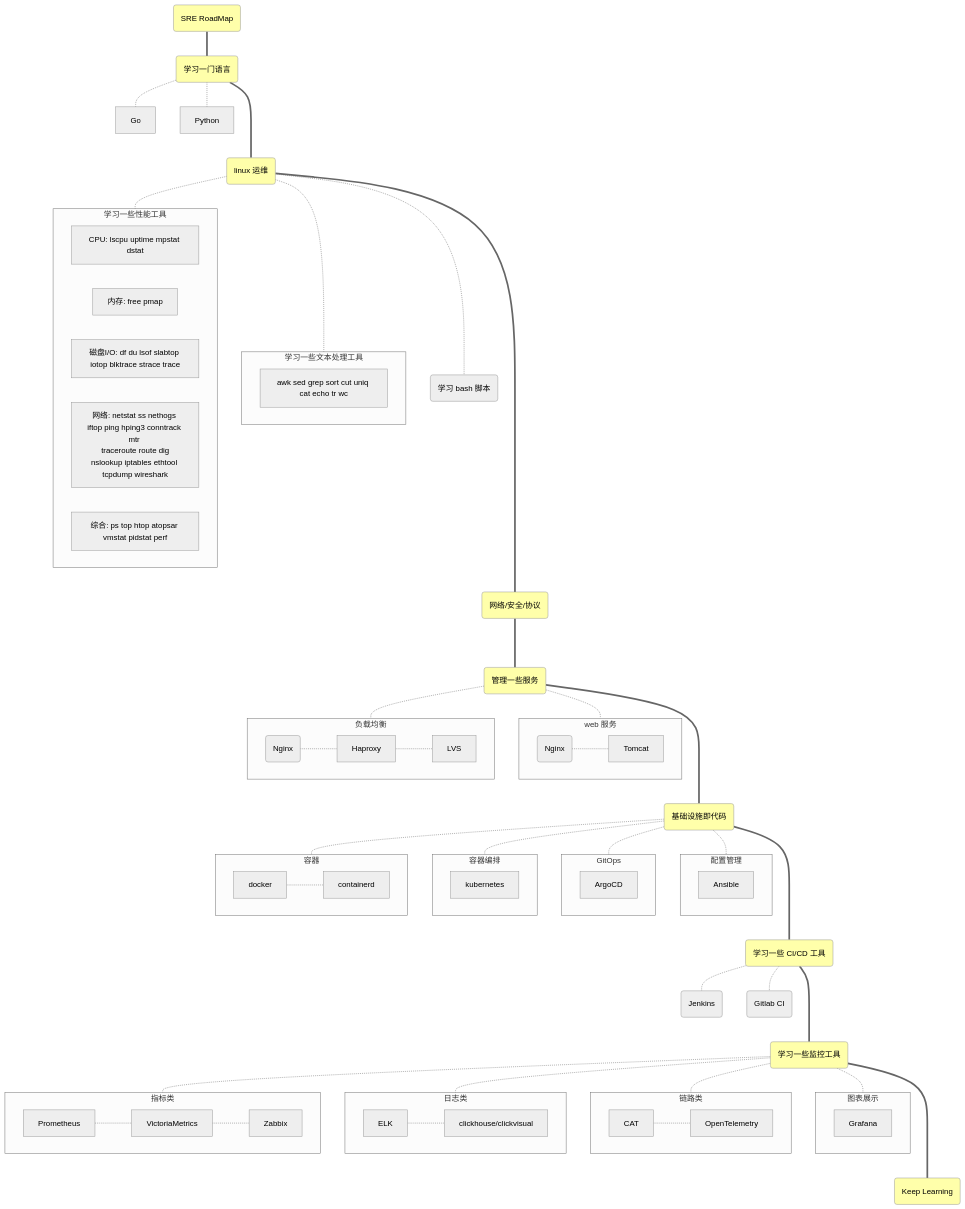
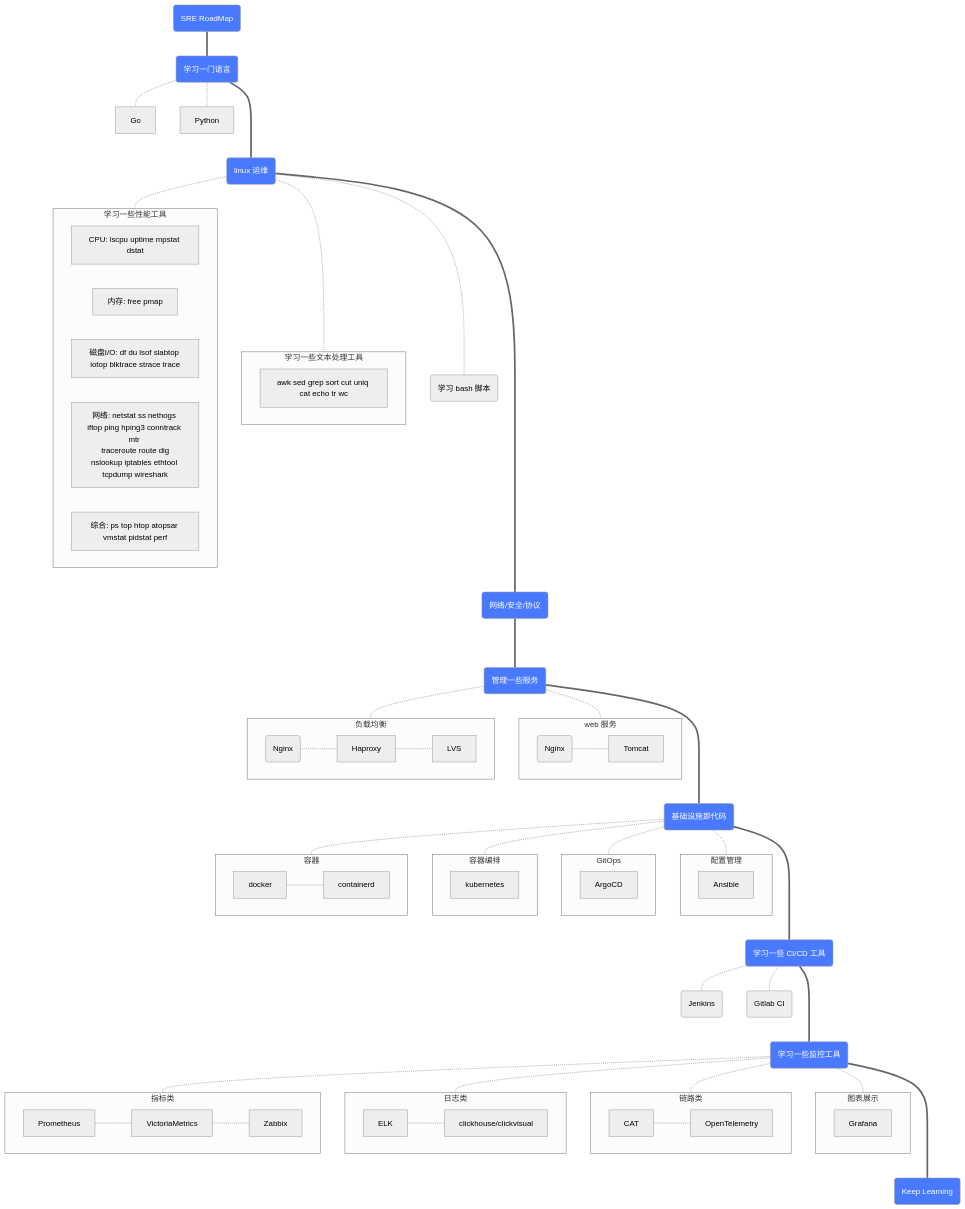
Before and after one commit to clay-wangzhi/SreGuide: the diagram in docs/README.md, drawn with Mermaid (neutral theme). The commit also changed 849 other files, not shown here.

````diff
--- a/docs/README.md
+++ b/docs/README.md
@@ -23,5 +23,7 @@
 ```mermaid
+
 flowchart TB
+
 	SRE(SRE RoadMap) === A(学习一门语言) ==== C(linux 运维) ==== D(网络/安全/协议) ==== E(管理一些服务) ==== F(基础设施即代码) ====  G(学习一些 CI/CD 工具) ==== H(学习一些监控工具) ==== I(Keep Learning)
 
   A -.- Go
@@ -103,5 +105,5 @@
 	end
 	
 	class SRE h1;class A h1;class B h1;class C h1;class D h1;class E h1;class F h1;class G h1;class H h1;class I h1;
-	classDef h1 fill:#FFA;
+	classDef h1 fill:#4979FF,color:#fff
 ```
````
